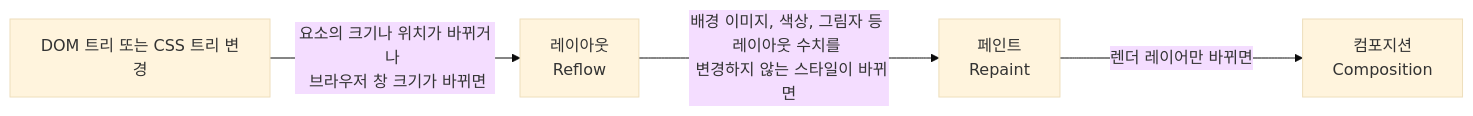
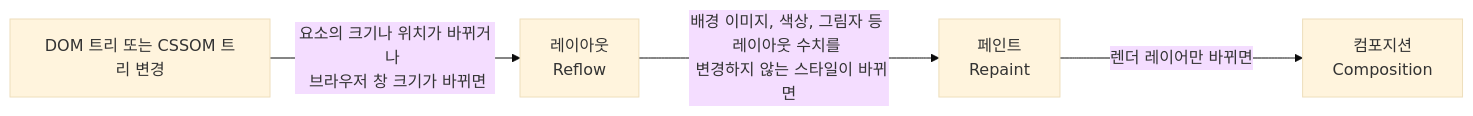
The third of 3 diagrams in _posts/2022-01-08-browser-rendering.md (datalater/datalater.github.io-bak-minimal), drawn with Mermaid (base theme) before and after one commit. The commit also changed other lines of this file, not shown here.

Commit message:
브라우저 렌더링 퇴고

````diff
--- a/_posts/2022-01-08-browser-rendering.md
+++ b/_posts/2022-01-08-browser-rendering.md
@@ -62,6 +62,6 @@
 ```mermaid
 graph LR
-  A[DOM 트리 또는 CSS 트리 변경] --> | 요소의 크기나 위치가 바뀌거나 </br> 브라우저 창 크기가 바뀌면 | B[레이아웃 </br> Reflow]
+  A[DOM 트리 또는 CSSOM 트리 변경] --> | 요소의 크기나 위치가 바뀌거나 </br> 브라우저 창 크기가 바뀌면 | B[레이아웃 </br> Reflow]
   B ---> | 배경 이미지, 색상, 그림자 등 레이아웃 수치를 </br> 변경하지 않는 스타일이 바뀌면  | C[페인트 </br> Repaint]
   C ---> | 렌더 레이어만 바뀌면 | D[컴포지션 </br> Composition]
 ```
````
